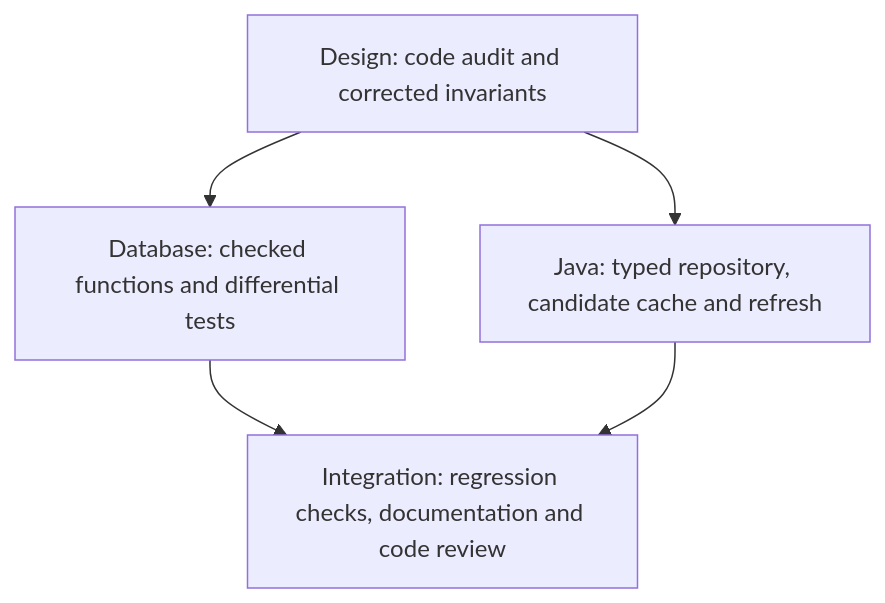
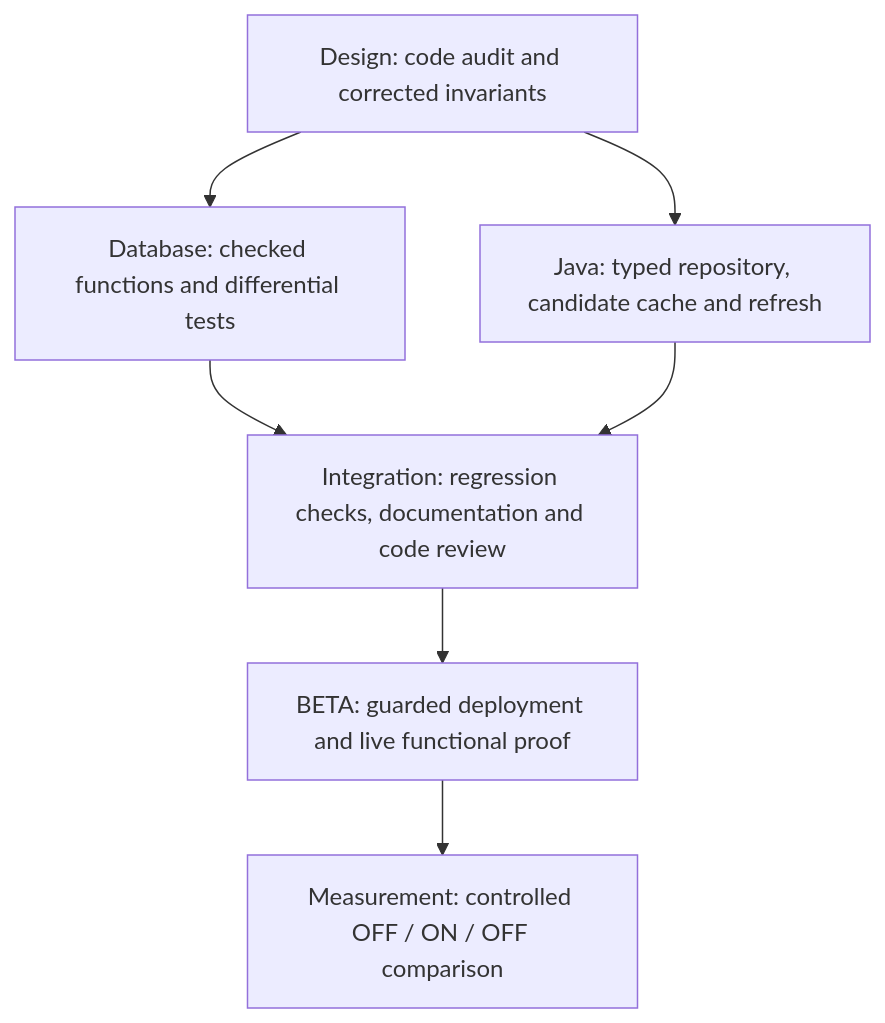
One commit to myrddian/plowshare changed the diagram in docs/query-efficiency-authority-in-transaction-design.md. Above: the diagram before and after it, drawn with Mermaid. The commit also changed other lines of this file, not shown here.

Commit message:
docs(access): record reviewed BETA authority validation

````diff
--- a/docs/query-efficiency-authority-in-transaction-design.md
+++ b/docs/query-efficiency-authority-in-transaction-design.md
@@ -101,7 +101,9 @@
 ```mermaid
 graph TD
     A[Design: code audit and corrected invariants] --> B[Database: checked functions and differential tests]
     A --> C[Java: typed repository, candidate cache and refresh]
     B --> D[Integration: regression checks, documentation and code review]
     C --> D
+    D --> E[BETA: guarded deployment and live functional proof]
+    E --> F[Measurement: controlled OFF / ON / OFF comparison]
 ```
````
